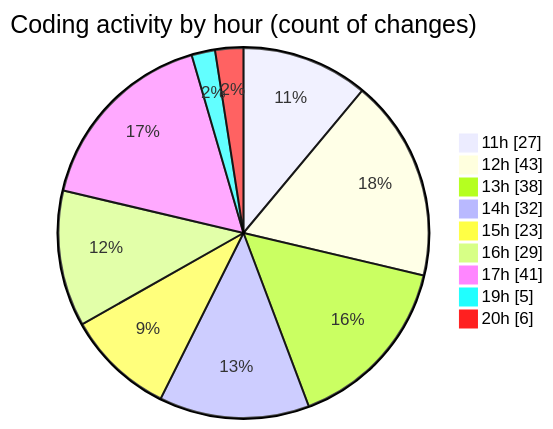
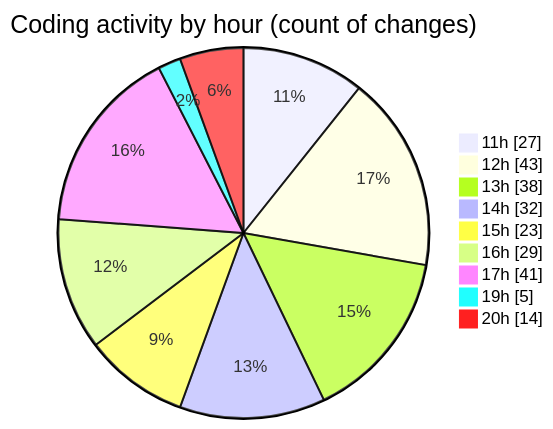
One commit to momahboobian/code-tracking changed the second of 2 diagrams in 2026-01-05/cda/README.md. Above: the diagram before and after it, drawn with Mermaid. The commit also changed other lines of this file and 1 other file, not shown here.

````diff
--- a/2026-01-05/cda/README.md
+++ b/2026-01-05/cda/README.md
@@ -53,13 +54,13 @@
 ```mermaid
 pie showData
 title Coding activity by hour (count of changes)
 "11h" : 27
 "12h" : 43
 "13h" : 38
 "14h" : 32
 "15h" : 23
 "16h" : 29
 "17h" : 41
 "19h" : 5
-"20h" : 6
+"20h" : 14
 ```
````
